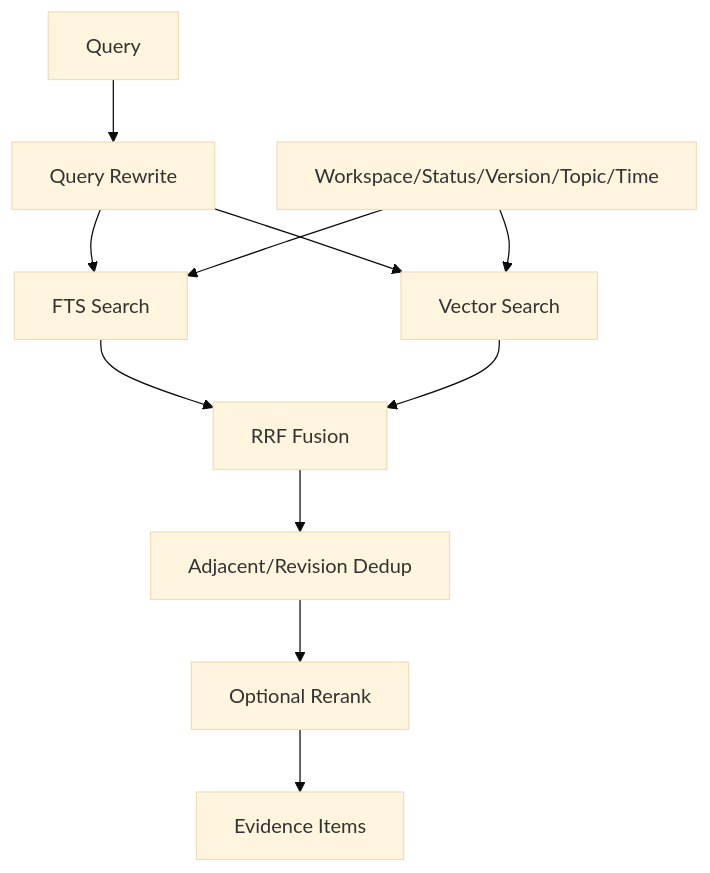
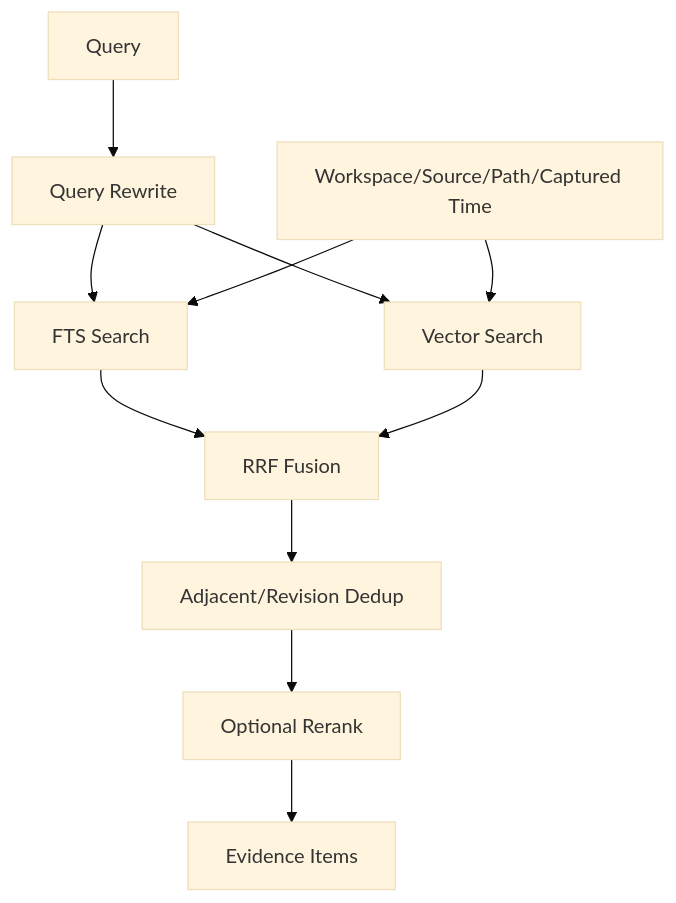
The second of 3 diagrams in docs/architecture/retrieval-architecture.md (CodeZen-Lizhi/zhixu), drawn with Mermaid (base theme) before and after one commit. The commit also changed other lines of this file and 73 other files, not shown here.

````diff
--- a/docs/architecture/retrieval-architecture.md
+++ b/docs/architecture/retrieval-architecture.md
@@ -71,13 +75,13 @@
 ```mermaid
 flowchart TD
     Q["Query"] --> Rewrite["Query Rewrite"]
     Rewrite --> Lexical["FTS Search"]
     Rewrite --> Semantic["Vector Search"]
-    Filter["Workspace/Status/Version/Topic/Time"] --> Lexical
+    Filter["Workspace/Source/Path/Captured Time"] --> Lexical
     Filter --> Semantic
     Lexical --> Fusion["RRF Fusion"]
     Semantic --> Fusion
     Fusion --> Dedup["Adjacent/Revision Dedup"]
     Dedup --> Rerank["Optional Rerank"]
     Rerank --> Evidence["Evidence Items"]
 ```
````
